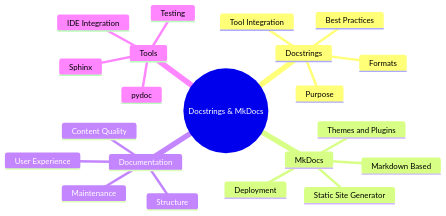
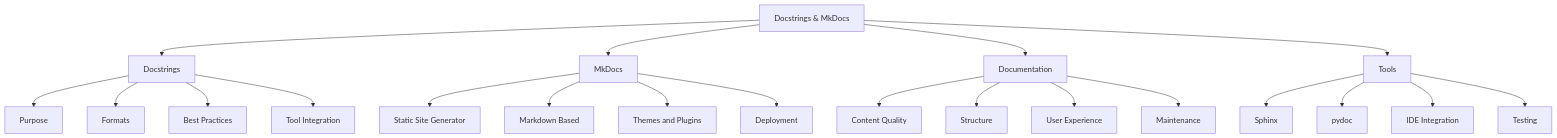
Diagram 14 of 14 in 00_python_colab/18_docstrings_mkdocs/readme.md (sayyamsheikh42/Python-Learning-Material), drawn with Mermaid before and after one commit. The commit also changed other lines of this file, not shown here.

````diff
--- a/00_python_colab/18_docstrings_mkdocs/readme.md
+++ b/00_python_colab/18_docstrings_mkdocs/readme.md
@@ -2174,24 +2236,27 @@
 ```mermaid
-mindmap
-  root((Docstrings & MkDocs))
-    Docstrings
-      Purpose
-      Formats
-      Best Practices
-      Tool Integration
-    MkDocs
-      Static Site Generator
-      Markdown Based
-      Themes and Plugins
-      Deployment
-    Documentation
-      Content Quality
-      Structure
-      User Experience
-      Maintenance
-    Tools
-      Sphinx
-      pydoc
-      IDE Integration
-      Testing
+graph TD
+    A[Docstrings & MkDocs] --> B[Docstrings]
+    A --> C[MkDocs]
+    A --> D[Documentation]
+    A --> E[Tools]
+    
+    B --> B1[Purpose]
+    B --> B2[Formats]
+    B --> B3[Best Practices]
+    B --> B4[Tool Integration]
+    
+    C --> C1[Static Site Generator]
+    C --> C2[Markdown Based]
+    C --> C3[Themes and Plugins]
+    C --> C4[Deployment]
+    
+    D --> D1[Content Quality]
+    D --> D2[Structure]
+    D --> D3[User Experience]
+    D --> D4[Maintenance]
+    
+    E --> E1[Sphinx]
+    E --> E2[pydoc]
+    E --> E3[IDE Integration]
+    E --> E4[Testing]
 ```
````
